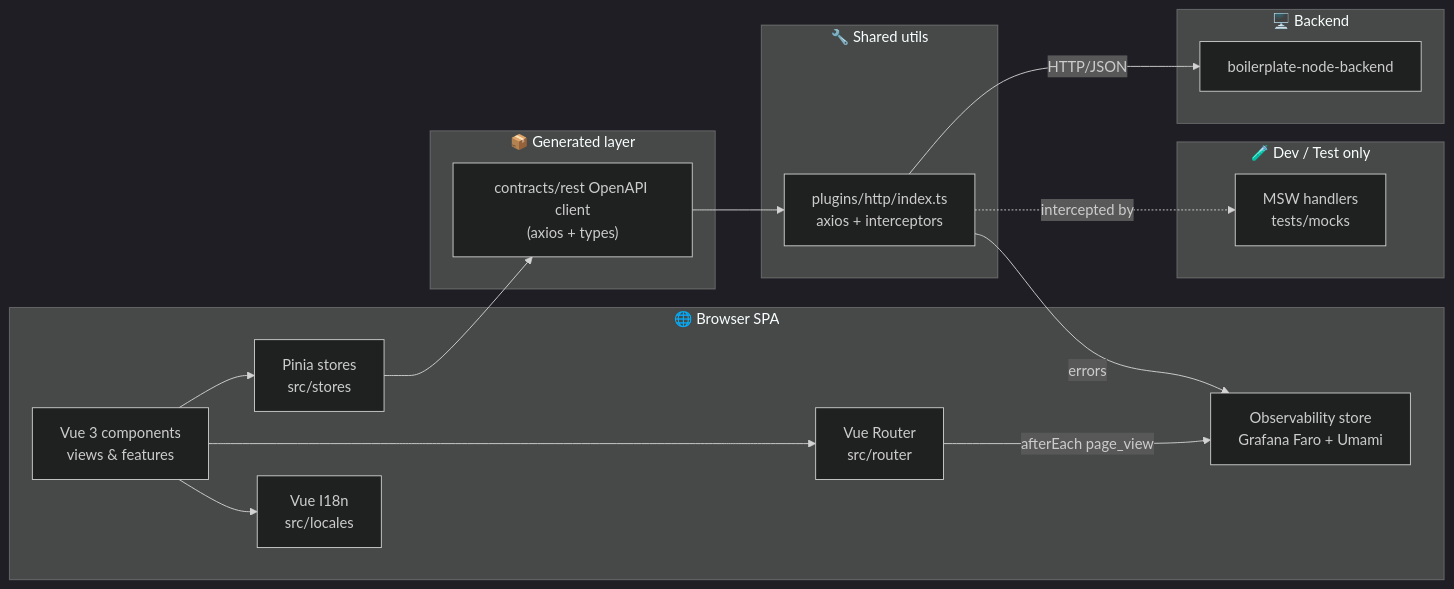
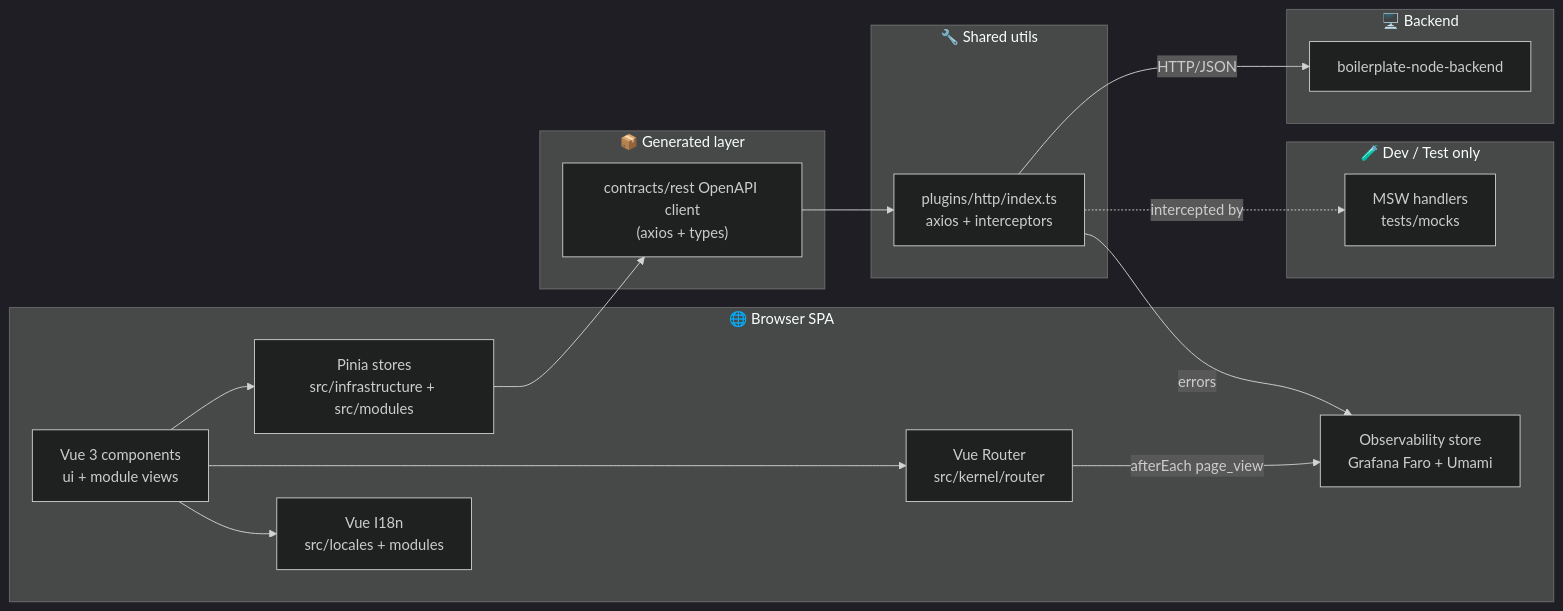
One commit to Guebbit/boilerplate-vue-frontend changed the first of 6 diagrams in README.md. Above: the diagram before and after it, drawn with Mermaid (dark theme). The commit also changed other lines of this file and 385 other files, not shown here.

First line of the commit message:
feat!: 2.0.0 — modular architecture, tiered substrate, contracts as backend output

````diff
--- a/README.md
+++ b/README.md
@@ -174,36 +174,36 @@
 ```mermaid
 flowchart LR
     subgraph Browser["🌐 Browser SPA"]
-        V[Vue 3 components<br/>views & features]
-        P[Pinia stores<br/>src/stores]
-        R[Vue Router<br/>src/router]
-        I18N[Vue I18n<br/>src/locales]
+        V[Vue 3 components<br/>ui + module views]
+        P[Pinia stores<br/>src/infrastructure + src/modules]
+        R[Vue Router<br/>src/kernel/router]
+        I18N[Vue I18n<br/>src/locales + modules]
         OBS[Observability store<br/>Grafana Faro + Umami]
     end
 
     subgraph Generated["📦 Generated layer"]
         API["contracts/rest OpenAPI client<br/>(axios + types)"]
     end
 
     subgraph Shared["🔧 Shared utils"]
         HTTP[plugins/http/index.ts<br/>axios + interceptors]
     end
 
     subgraph Backend["🖥️ Backend"]
         BE[boilerplate-node-backend]
     end
 
     subgraph DevOnly["🧪 Dev / Test only"]
         MSW[MSW handlers<br/>tests/mocks]
     end
 
     V --> P
     V --> R
     V --> I18N
     P --> API
     API --> HTTP
     HTTP -->|HTTP/JSON| BE
     HTTP -.intercepted by.-> MSW
     HTTP -->|errors| OBS
     R -->|afterEach page_view| OBS
 ```
````
